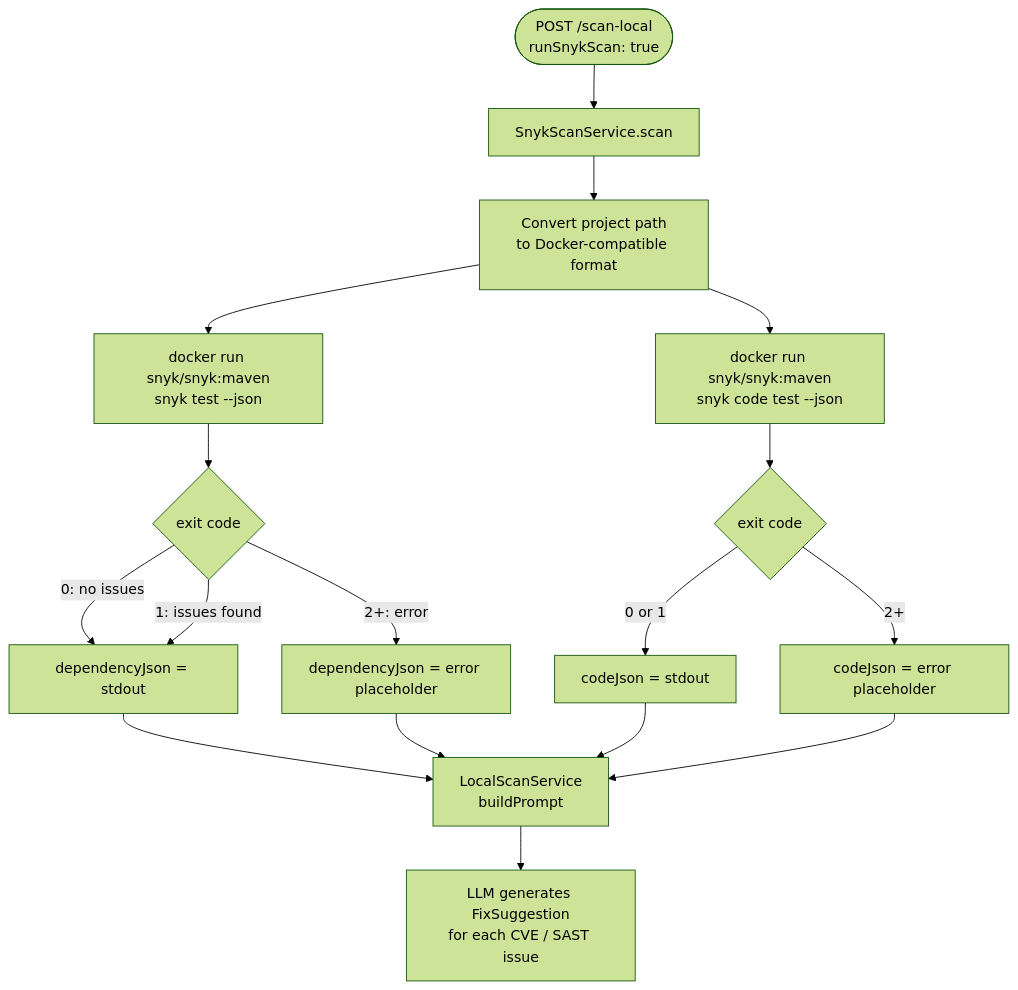
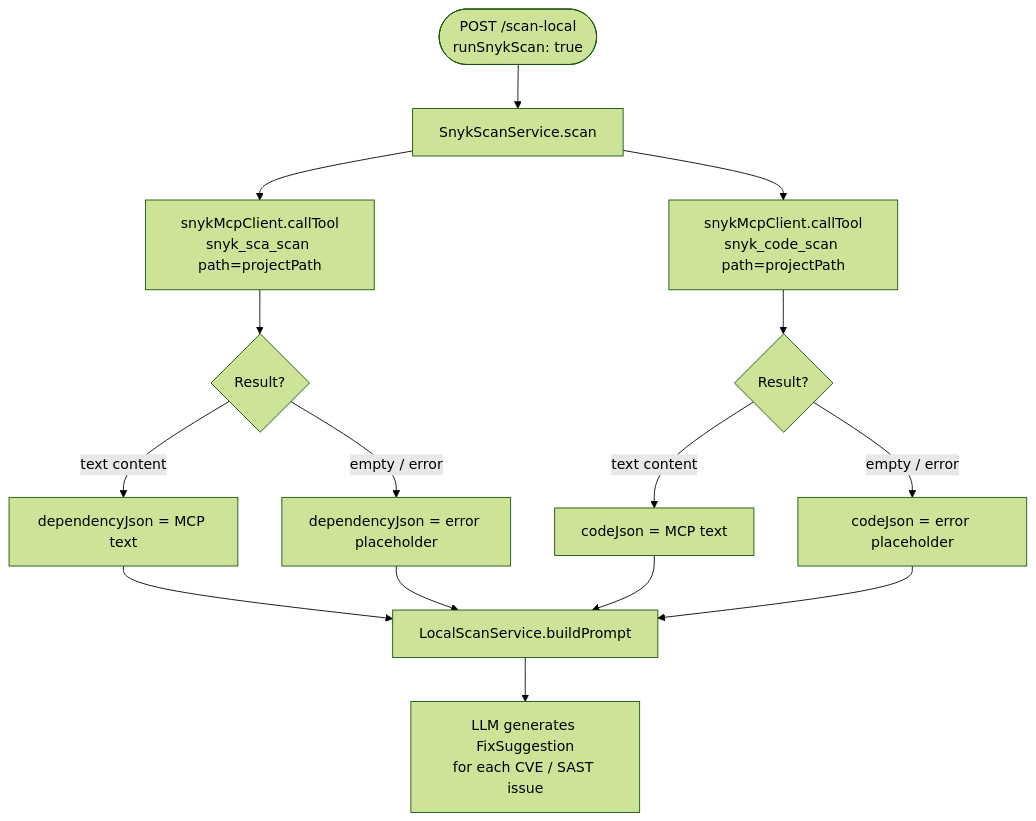
The diagram in SNYK_INTEGRATION.md (EnterprisAI/LocalDevScanMcpDemo), drawn with Mermaid (forest theme) before and after one commit. The commit also changed other lines of this file and 6 other files, not shown here.

First line of the commit message:
Add Snyk MCP client and migrate Snyk scans

````diff
--- a/SNYK_INTEGRATION.md
+++ b/SNYK_INTEGRATION.md
@@ -36,19 +37,17 @@
 ```mermaid
 flowchart TD
     A([POST /scan-local\nrunSnykScan: true]) --> B[SnykScanService.scan]
-    B --> C[Convert project path\nto Docker-compatible format]
-    C --> D[docker run snyk/snyk:maven\nsnyk test --json]
-    C --> E[docker run snyk/snyk:maven\nsnyk code test --json]
-    D --> F{exit code}
-    E --> G{exit code}
-    F -- 0: no issues --> H[dependencyJson = stdout]
-    F -- 1: issues found --> H
-    F -- 2+: error --> I[dependencyJson = error placeholder]
-    G -- 0 or 1 --> J[codeJson = stdout]
-    G -- 2+ --> K[codeJson = error placeholder]
-    H --> L[LocalScanService\nbuildPrompt]
-    J --> L
-    I --> L
-    K --> L
-    L --> M[LLM generates FixSuggestion\nfor each CVE / SAST issue]
+    B --> C[snykMcpClient.callTool\nsnyk_sca_scan path=projectPath]
+    B --> D[snykMcpClient.callTool\nsnyk_code_scan path=projectPath]
+    C --> E{Result?}
+    D --> F{Result?}
+    E -- text content --> G[dependencyJson = MCP text]
+    E -- empty / error --> H[dependencyJson = error placeholder]
+    F -- text content --> I[codeJson = MCP text]
+    F -- empty / error --> J[codeJson = error placeholder]
+    G --> K[LocalScanService.buildPrompt]
+    H --> K
+    I --> K
+    J --> K
+    K --> L[LLM generates FixSuggestion\nfor each CVE / SAST issue]
 ```
````
